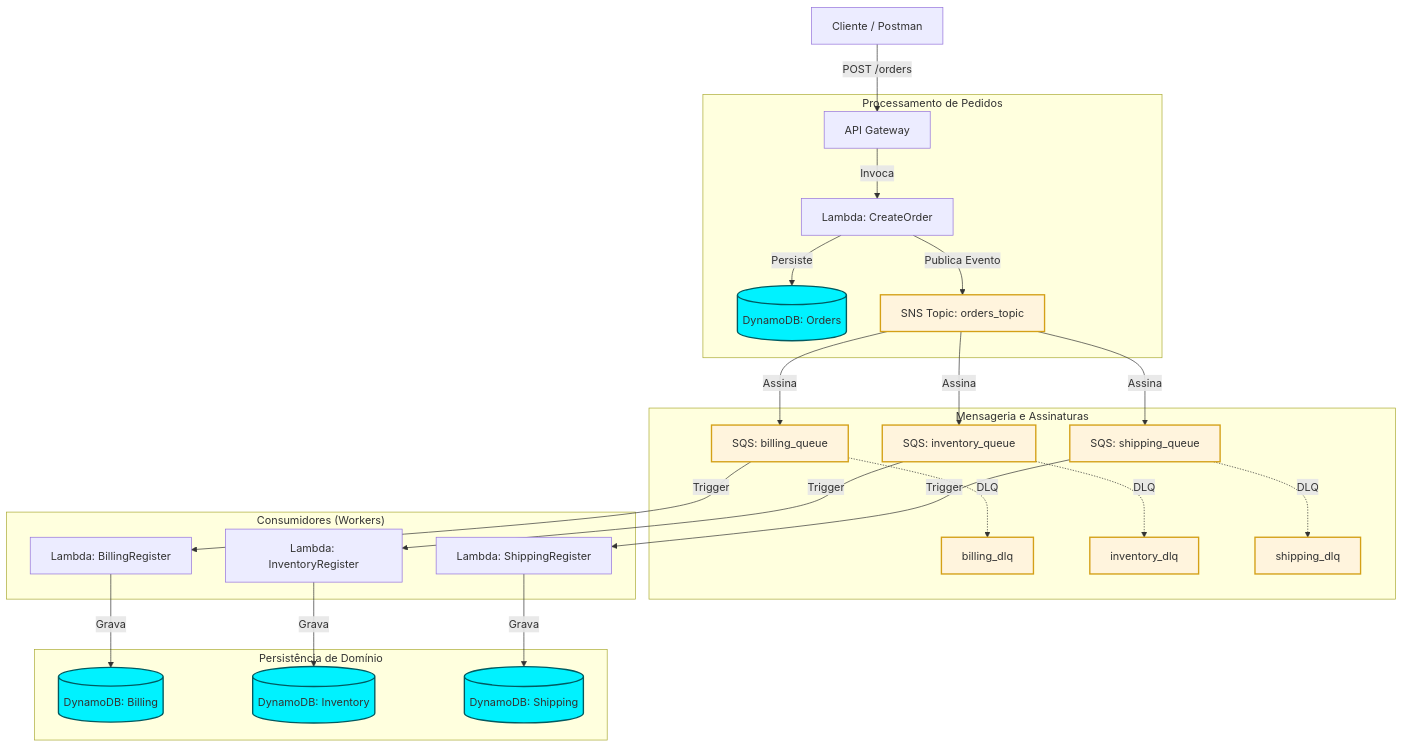
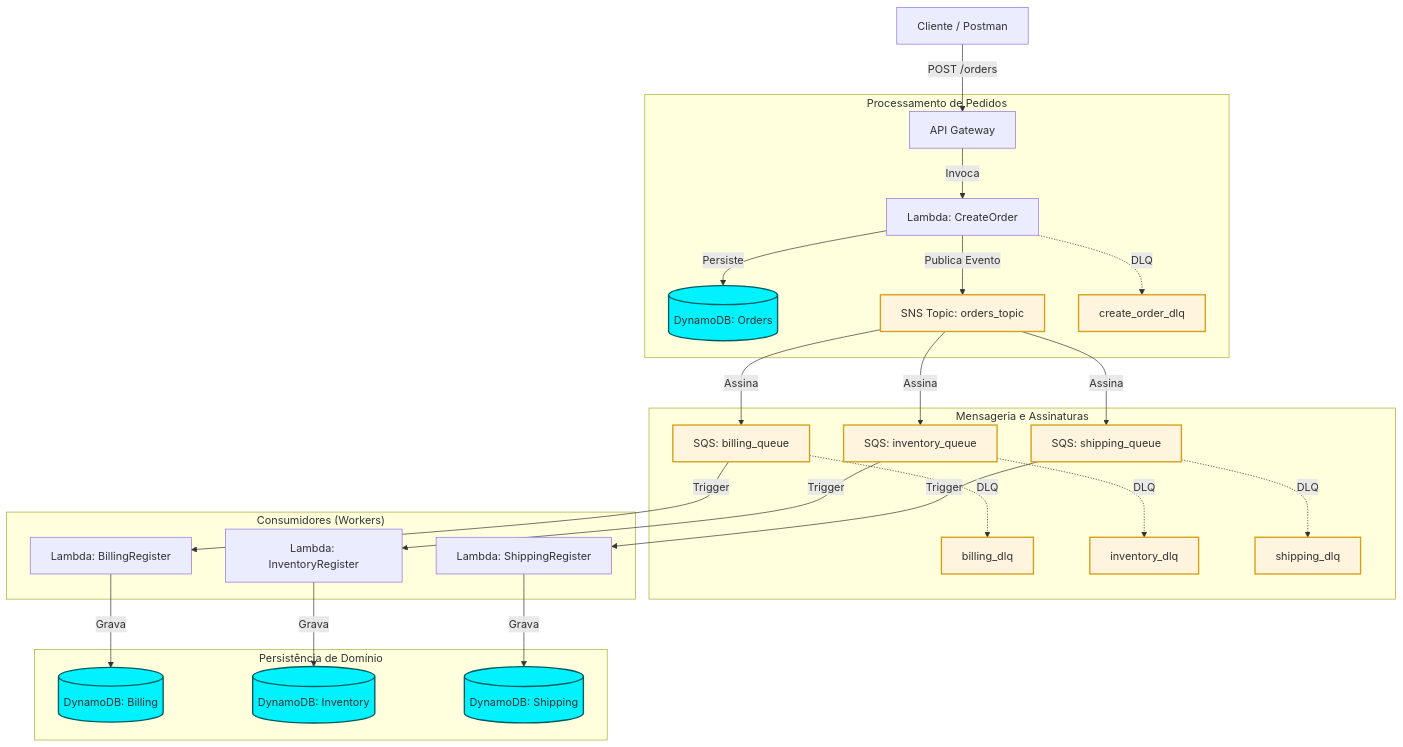
The diagram in docs/arquitetura.md (valuedriven/events), drawn with Mermaid before and after one commit. The commit also changed other lines of this file and 2 other files, not shown here.

Commit message:
refactor: Use environment variables for AWS credentials instead of the `configure-aws-credentials` action in the Terraform workflow.

````diff
--- a/docs/arquitetura.md
+++ b/docs/arquitetura.md
@@ -7,40 +7,41 @@
 ```mermaid
 graph TD
     Client[Cliente / Postman] -->|POST /orders| APIG[API Gateway]
     
     subgraph "Processamento de Pedidos"
         APIG -->|Invoca| CO_Lambda[Lambda: CreateOrder]
         CO_Lambda -->|Persiste| DB_Orders[(DynamoDB: Orders)]
         CO_Lambda -->|Publica Evento| SNS_Orders[SNS Topic: orders_topic]
+        CO_Lambda -.->|DLQ| SQS_CreateOrder_DLQ[create_order_dlq]
     end
 
     subgraph "Mensageria e Assinaturas"
         SNS_Orders -->|Assina| SQS_Billing[SQS: billing_queue]
         SNS_Orders -->|Assina| SQS_Inventory[SQS: inventory_queue]
         SNS_Orders -->|Assina| SQS_Shipping[SQS: shipping_queue]
         
         SQS_Billing -.->|DLQ| SQS_Billing_DLQ[billing_dlq]
         SQS_Inventory -.->|DLQ| SQS_Inventory_DLQ[inventory_dlq]
         SQS_Shipping -.->|DLQ| SQS_Shipping_DLQ[shipping_dlq]
     end
 
     subgraph "Consumidores (Workers)"
         SQS_Billing -->|Trigger| BR_Lambda[Lambda: BillingRegister]
         SQS_Inventory -->|Trigger| IR_Lambda[Lambda: InventoryRegister]
         SQS_Shipping -->|Trigger| SR_Lambda[Lambda: ShippingRegister]
     end
 
     subgraph "Persistência de Domínio"
         BR_Lambda -->|Grava| DB_Billing[(DynamoDB: Billing)]
         IR_Lambda -->|Grava| DB_Inventory[(DynamoDB: Inventory)]
         SR_Lambda -->|Grava| DB_Shipping[(DynamoDB: Shipping)]
     end
 
     %% Estilização
     classDef aws fill:#f9f,stroke:#333,stroke-width:2px;
     classDef database fill:#00f2ff,stroke:#005b61,stroke-width:2px;
     classDef messaging fill:#fff4dd,stroke:#d4a017,stroke-width:2px;
     
     class DB_Orders,DB_Billing,DB_Inventory,DB_Shipping database;
-    class SNS_Orders,SQS_Billing,SQS_Inventory,SQS_Shipping,SQS_Billing_DLQ,SQS_Inventory_DLQ,SQS_Shipping_DLQ messaging;
+    class SNS_Orders,SQS_Billing,SQS_Inventory,SQS_Shipping,SQS_Billing_DLQ,SQS_Inventory_DLQ,SQS_Shipping_DLQ,SQS_CreateOrder_DLQ messaging;
 ```
````
